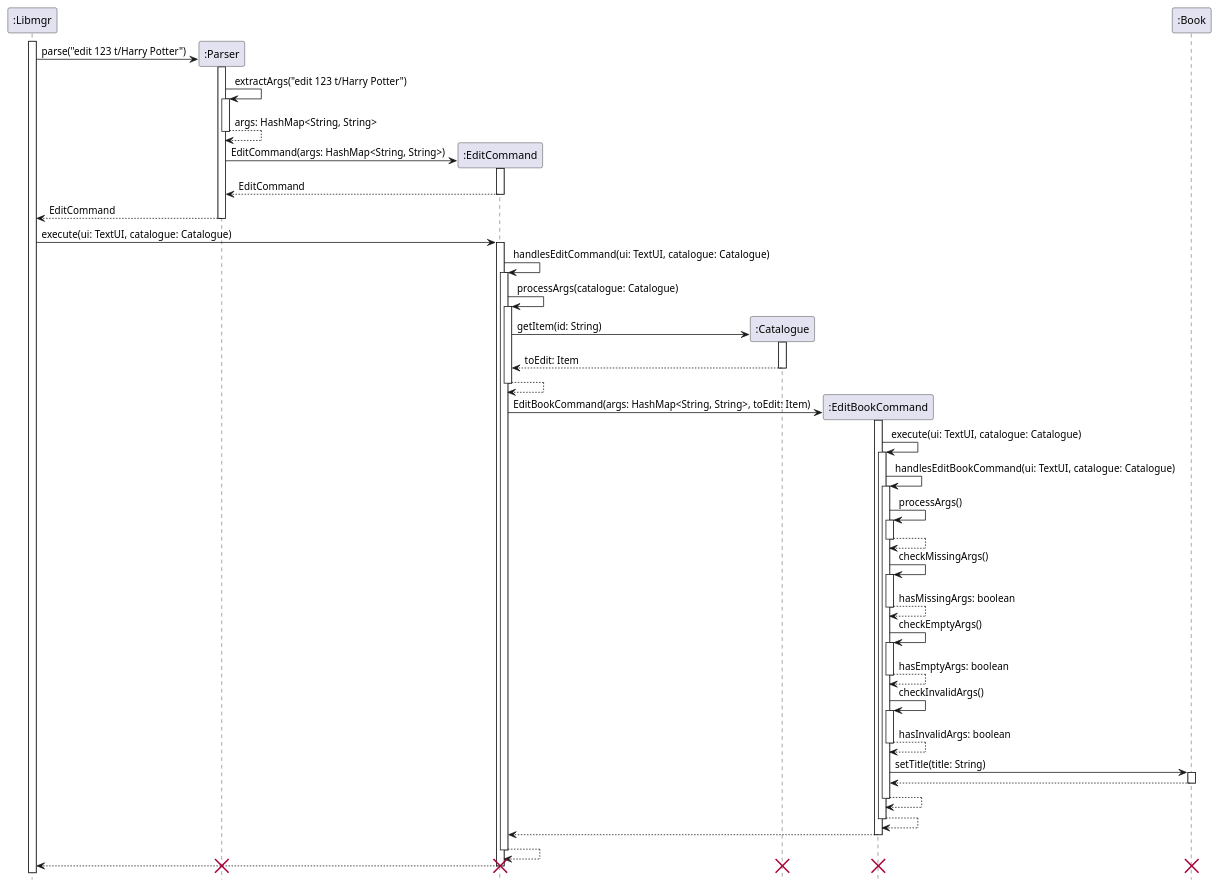
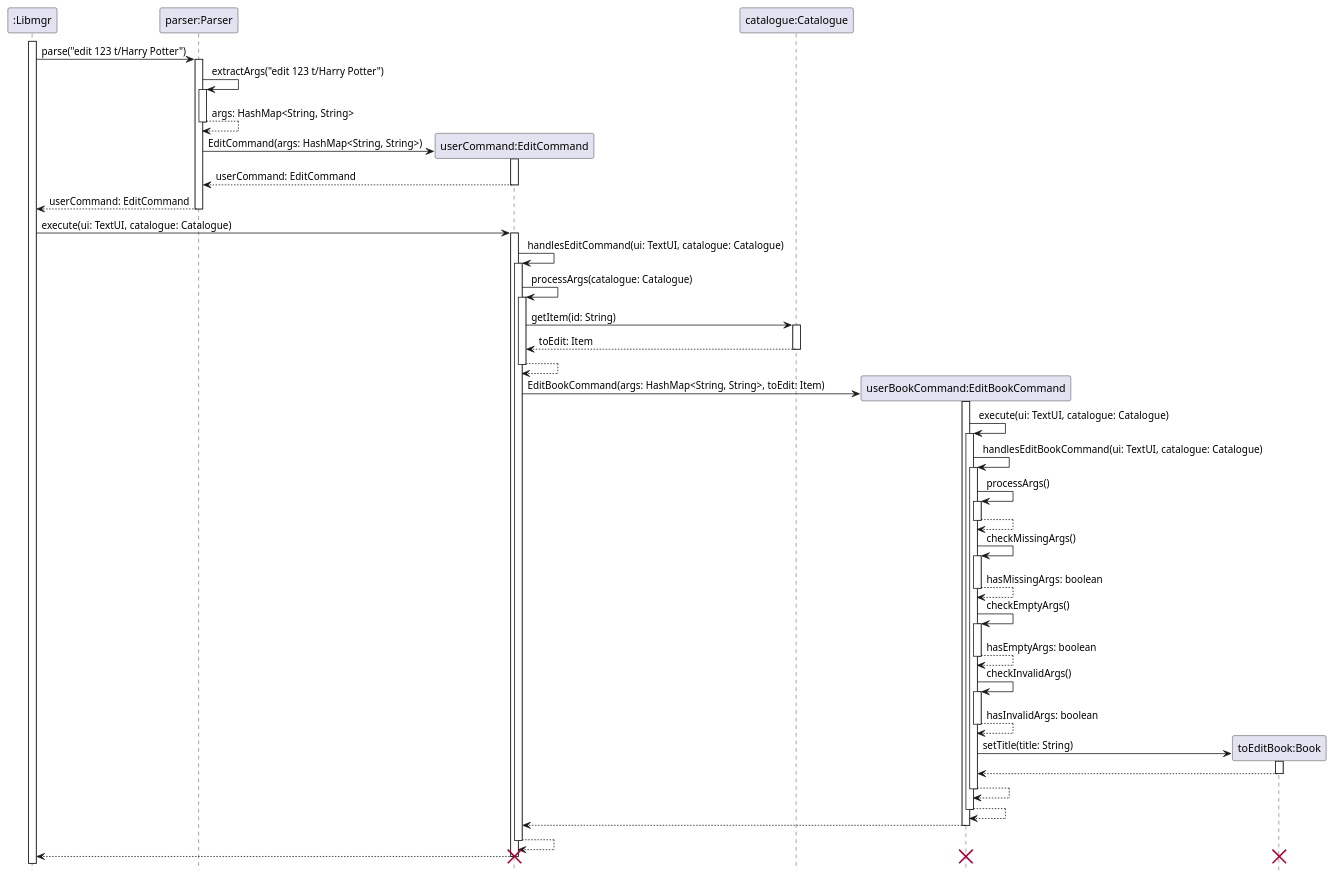
Before and after one commit to nus-cs2113-AY2122S1/tp: the diagram in docs/diagrams/EditCommandSequence.puml, drawn with PlantUML. The commit also changed 7 other files, not shown here.

Commit message:
Update UML diagrams

```diff
--- a/docs/diagrams/EditCommandSequence.puml
+++ b/docs/diagrams/EditCommandSequence.puml
@@ -1,94 +1,91 @@
 @startuml
 'https://plantuml.com/sequence-diagram
 
 participant ":Libmgr" as Libmgr
-participant ":Parser" as Parser
-participant ":EditCommand" as EditCommand
-participant ":Catalogue" as Catalogue
-participant ":EditBookCommand" as EditBookCommand
-participant ":Book" as Book
+participant "parser:Parser" as Parser
+participant "userCommand:EditCommand" as EditCommand
+participant "catalogue:Catalogue" as Catalogue
+participant "userBookCommand:EditBookCommand" as EditBookCommand
+participant "toEditBook:Book" as Book
 
 hide footbox
 
 activate Libmgr
-create Book
-create Parser
 Libmgr -> Parser: parse("edit 123 t/Harry Potter")
 activate Parser
 Parser -> Parser: extractArgs("edit 123 t/Harry Potter")
 activate Parser
 Parser --> Parser: args: HashMap<String, String>
 deactivate Parser
 create EditCommand
 Parser -> EditCommand: EditCommand(args: HashMap<String, String>)
 activate EditCommand
-EditCommand --> Parser: EditCommand
+EditCommand --> Parser: userCommand: EditCommand
 deactivate EditCommand
-Parser --> Libmgr: EditCommand
+Parser --> Libmgr: userCommand: EditCommand
 deactivate Parser
 
 Libmgr -> EditCommand: execute(ui: TextUI, catalogue: Catalogue)
 activate EditCommand
 EditCommand -> EditCommand: handlesEditCommand(ui: TextUI, catalogue: Catalogue)
 activate EditCommand
 EditCommand -> EditCommand: processArgs(catalogue: Catalogue)
 activate EditCommand
-create Catalogue
+
 EditCommand -> Catalogue: getItem(id: String)
 activate Catalogue
 Catalogue --> EditCommand: toEdit: Item
 deactivate Catalogue
 EditCommand --> EditCommand
 deactivate EditCommand
 create EditBookCommand
 EditCommand -> EditBookCommand: EditBookCommand(args: HashMap<String, String>, toEdit: Item)
 activate EditBookCommand
 EditBookCommand -> EditBookCommand: execute(ui: TextUI, catalogue: Catalogue)
 activate EditBookCommand
 EditBookCommand -> EditBookCommand: handlesEditBookCommand(ui: TextUI, catalogue: Catalogue)
 activate EditBookCommand
 EditBookCommand -> EditBookCommand: processArgs()
 activate EditBookCommand
 EditBookCommand --> EditBookCommand
 deactivate EditBookCommand
 EditBookCommand -> EditBookCommand: checkMissingArgs()
 activate EditBookCommand
 EditBookCommand --> EditBookCommand: hasMissingArgs: boolean
 deactivate EditBookCommand
 EditBookCommand -> EditBookCommand: checkEmptyArgs()
 activate EditBookCommand
 EditBookCommand --> EditBookCommand: hasEmptyArgs: boolean
 deactivate EditBookCommand
 EditBookCommand -> EditBookCommand: checkInvalidArgs()
 activate EditBookCommand
 EditBookCommand --> EditBookCommand: hasInvalidArgs: boolean
 deactivate EditBookCommand
 
+create Book
 EditBookCommand -> Book: setTitle(title: String)
 activate Book
 Book --> EditBookCommand
 deactivate Book
 
 EditBookCommand --> EditBookCommand
 deactivate EditBookCommand
 
 EditBookCommand --> EditBookCommand
 deactivate EditBookCommand
 
 EditBookCommand --> EditCommand
 deactivate EditBookCommand
 
 EditCommand --> EditCommand
 deactivate EditCommand
 
 EditCommand --> Libmgr
 deactivate EditCommand
 
 destroy Book
 destroy EditCommand
-destroy Catalogue
 destroy EditBookCommand
-destroy Parser
 
 
 @enduml
```
